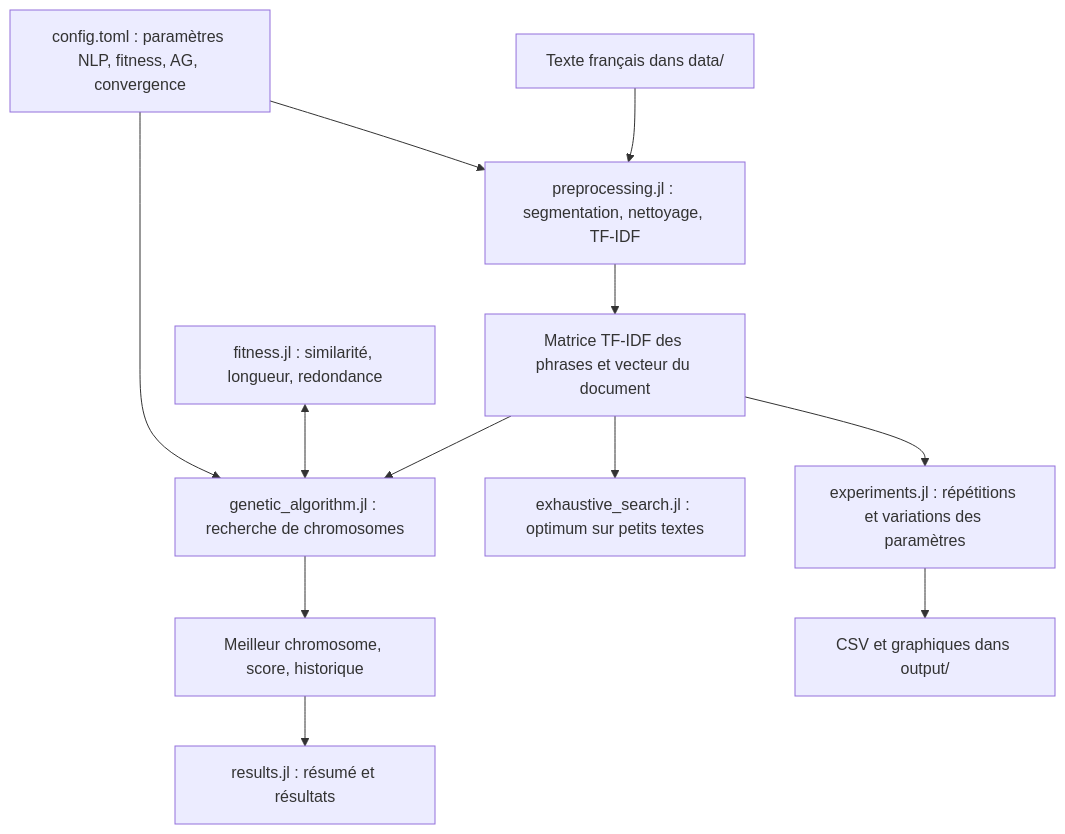
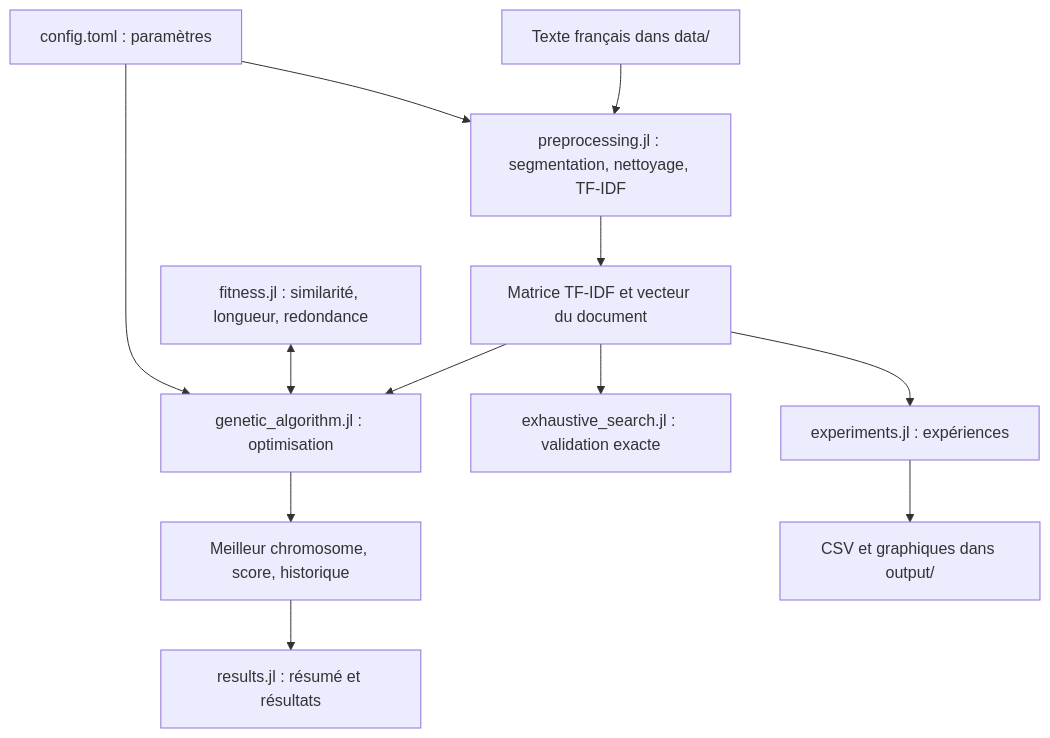
Before and after one commit to miskaraminaa/metaATAL: the first of 2 diagrams in README.md, drawn with Mermaid. The commit also changed other lines of this file, not shown here.

````diff
--- a/README.md
+++ b/README.md
@@ -106,14 +137,14 @@
 ```mermaid
 flowchart TD
-    A[Texte français dans data/] --> B[preprocessing.jl : segmentation, nettoyage, TF-IDF]
-    B --> C[Matrice TF-IDF des phrases et vecteur du document]
-    C --> D[genetic_algorithm.jl : recherche de chromosomes]
-    F[fitness.jl : similarité, longueur, redondance] <--> D
-    G[config.toml : paramètres NLP, fitness, AG, convergence] --> B
+    A["Texte français dans data/"] --> B["preprocessing.jl : segmentation, nettoyage, TF-IDF"]
+    B --> C["Matrice TF-IDF et vecteur du document"]
+    C --> D["genetic_algorithm.jl : optimisation"]
+    F["fitness.jl : similarité, longueur, redondance"] <--> D
+    G["config.toml : paramètres"] --> B
     G --> D
-    D --> H[Meilleur chromosome, score, historique]
-    H --> I[results.jl : résumé et résultats]
-    C --> J[exhaustive_search.jl : optimum sur petits textes]
-    C --> K[experiments.jl : répétitions et variations des paramètres]
-    K --> L[CSV et graphiques dans output/]
+    D --> H["Meilleur chromosome, score, historique"]
+    H --> I["results.jl : résumé et résultats"]
+    C --> J["exhaustive_search.jl : validation exacte"]
+    C --> K["experiments.jl : expériences"]
+    K --> L["CSV et graphiques dans output/"]
 ```
````
